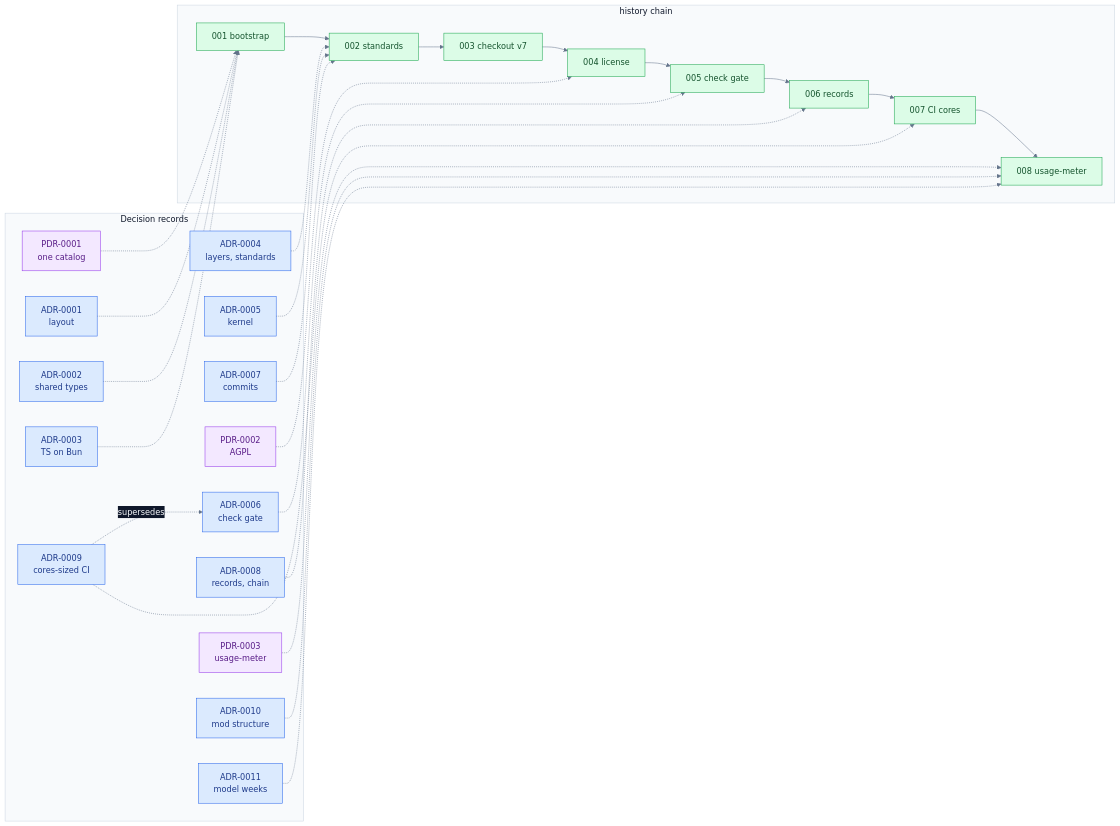
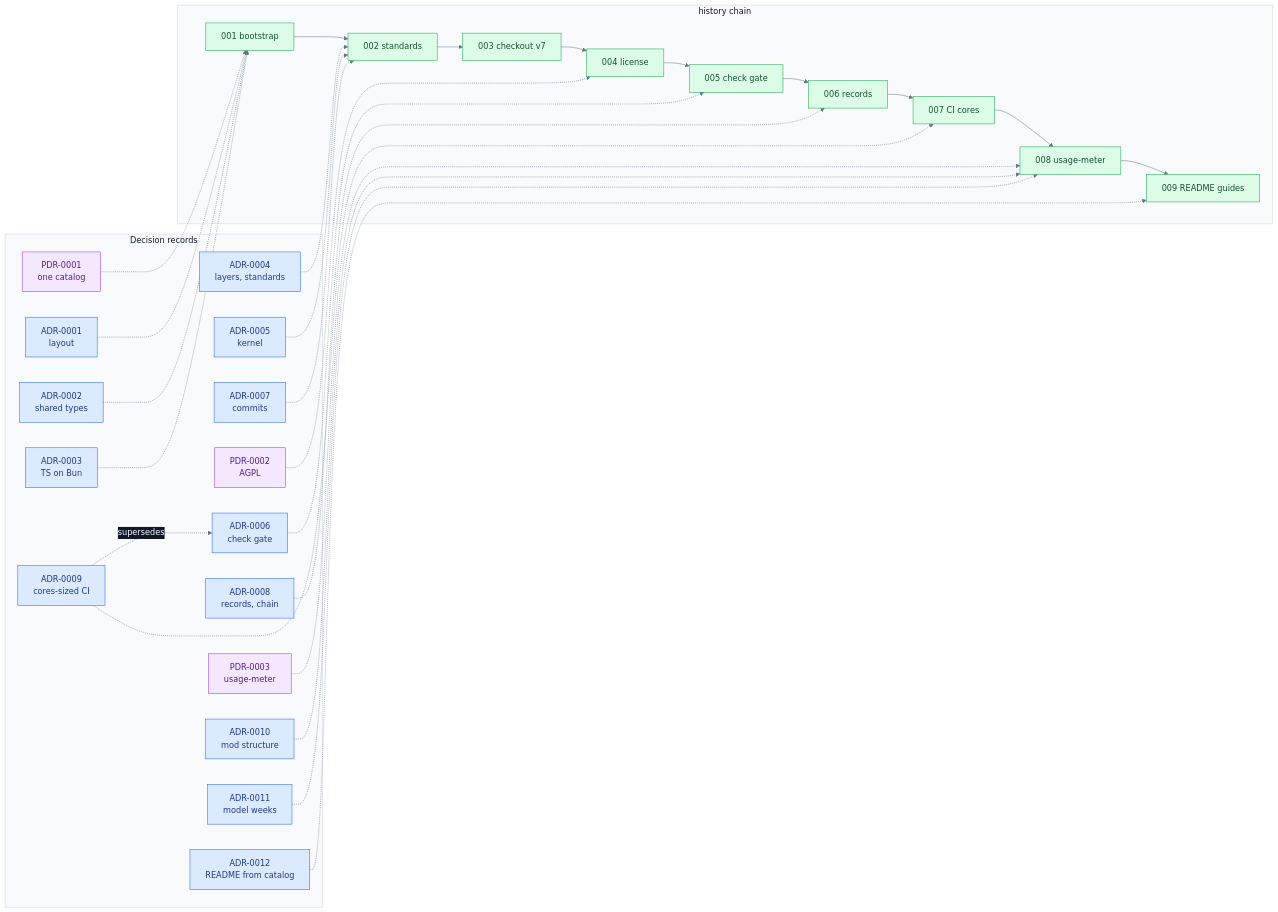
One commit to arafathusayn/cc-mods changed the diagram in kb/INDEX.md. Above: the diagram before and after it, drawn with Mermaid. The commit also changed other lines of this file and 4 other files, not shown here.

````diff
--- a/kb/INDEX.md
+++ b/kb/INDEX.md
@@ -24,48 +25,51 @@
 ```mermaid
 %%{init: {"theme":"base","themeVariables":{"fontFamily":"Inter, ui-sans-serif, system-ui, sans-serif","lineColor":"#64748b","edgeLabelBackground":"#0f172a","clusterBkg":"#f8fafc","clusterBorder":"#cbd5e1","titleColor":"#0f172a"}}}%%
 flowchart LR
   subgraph records ["Decision records"]
     P1["PDR-0001<br>one catalog"]:::purple
     A1["ADR-0001<br>layout"]:::blue
     A2["ADR-0002<br>shared types"]:::blue
     A3["ADR-0003<br>TS on Bun"]:::blue
     A4["ADR-0004<br>layers, standards"]:::blue
     A5["ADR-0005<br>kernel"]:::blue
     A7["ADR-0007<br>commits"]:::blue
     P2["PDR-0002<br>AGPL"]:::purple
     A6["ADR-0006<br>check gate"]:::blue
     A8["ADR-0008<br>records, chain"]:::blue
     A9["ADR-0009<br>cores-sized CI"]:::blue
     P3["PDR-0003<br>usage-meter"]:::purple
     A10["ADR-0010<br>mod structure"]:::blue
     A11["ADR-0011<br>model weeks"]:::blue
+    A12["ADR-0012<br>README from catalog"]:::blue
   end
   subgraph history ["history chain"]
     H1["001 bootstrap"]:::green --> H2["002 standards"]:::green
     H2 --> H3["003 checkout v7"]:::green
     H3 --> H4["004 license"]:::green
     H4 --> H5["005 check gate"]:::green
     H5 --> H6["006 records"]:::green
     H6 --> H7["007 CI cores"]:::green
     H7 --> H8["008 usage-meter"]:::green
+    H8 --> H9["009 README guides"]:::green
   end
   P1 -.-> H1
   A1 -.-> H1
   A2 -.-> H1
   A3 -.-> H1
   A4 -.-> H2
   A5 -.-> H2
   A7 -.-> H2
   P2 -.-> H4
   A6 -.-> H5
   A8 -.-> H6
   A9 -.-> H7
   A9 -.->|"supersedes"| A6
   P3 -.-> H8
   A10 -.-> H8
   A11 -.-> H8
+  A12 -.-> H9
   classDef green fill:#dcfce7,stroke:#16a34a,color:#14532d
   classDef blue fill:#dbeafe,stroke:#2563eb,color:#1e3a8a
   classDef purple fill:#f3e8ff,stroke:#9333ea,color:#581c87
   linkStyle default stroke:#64748b,color:#f8fafc
 ```
````
